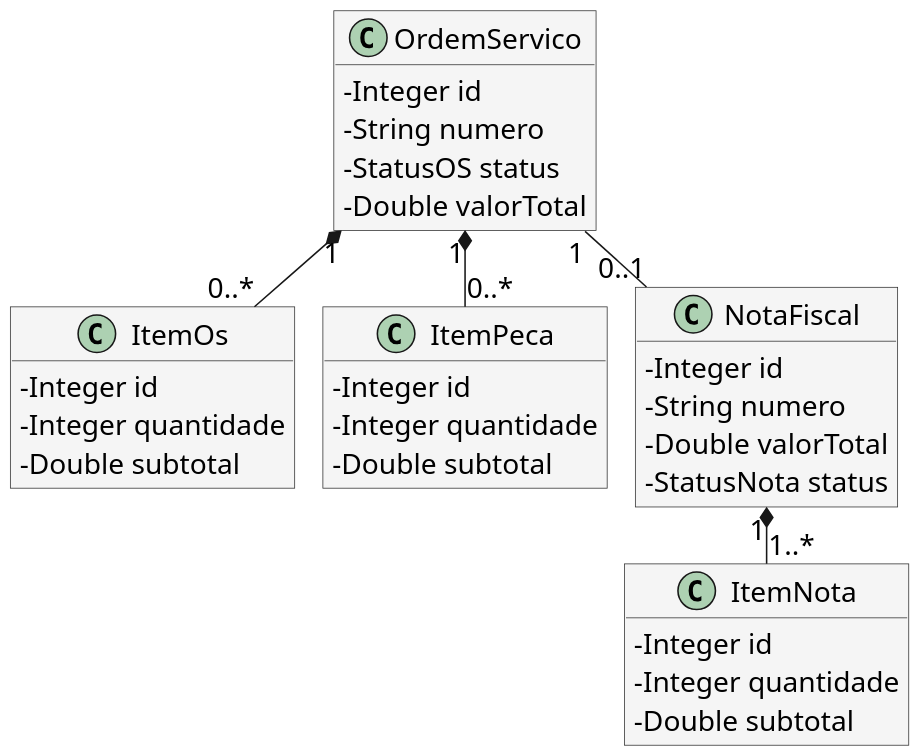
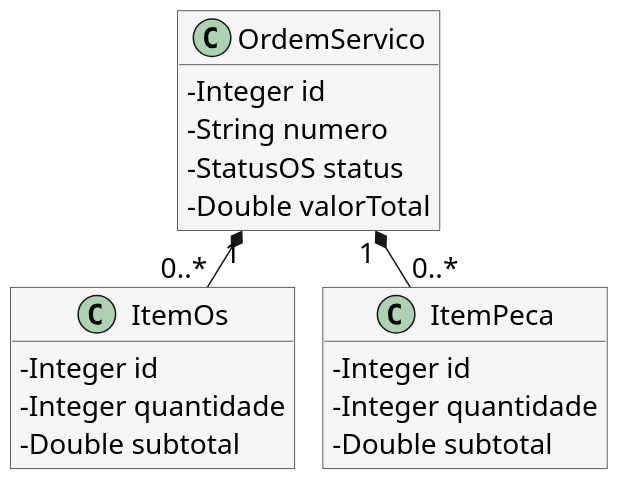
Before and after one commit to guiNasc1/ofisystem: the diagram in docs/modelagem/02_classes_os.puml, drawn with PlantUML. The commit also changed 43 other files, not shown here.

```diff
--- a/docs/modelagem/02_classes_os.puml
+++ b/docs/modelagem/02_classes_os.puml
@@ -1,50 +1,37 @@
 @startuml
 !pragma layout smetana
 skinparam backgroundColor white
 skinparam shadowing false
 skinparam defaultFontName Arial
 skinparam defaultFontSize 18
 skinparam dpi 150
 skinparam roundcorner 0
 skinparam maxMessageSize 180
 skinparam sequenceMessageAlign center
 skinparam ParticipantPadding 12
 skinparam BoxPadding 8
 skinparam classAttributeIconSize 0
 skinparam classBackgroundColor #F5F5F5
 skinparam classBorderColor #333333
 skinparam sequenceParticipantBackgroundColor #F5F5F5
 skinparam sequenceParticipantBorderColor #333333
 hide empty methods
 class OrdemServico {
 - Integer id
 - String numero
 - StatusOS status
 - Double valorTotal
 }
 class ItemOs {
 - Integer id
 - Integer quantidade
 - Double subtotal
 }
 class ItemPeca {
 - Integer id
 - Integer quantidade
 - Double subtotal
 }
-class NotaFiscal {
-- Integer id
-- String numero
-- Double valorTotal
-- StatusNota status
-}
-class ItemNota {
-- Integer id
-- Integer quantidade
-- Double subtotal
-}
 OrdemServico "1" *-- "0..*" ItemOs
 OrdemServico "1" *-- "0..*" ItemPeca
-OrdemServico "1" -- "0..1" NotaFiscal
-NotaFiscal "1" *-- "1..*" ItemNota
 @enduml
```
